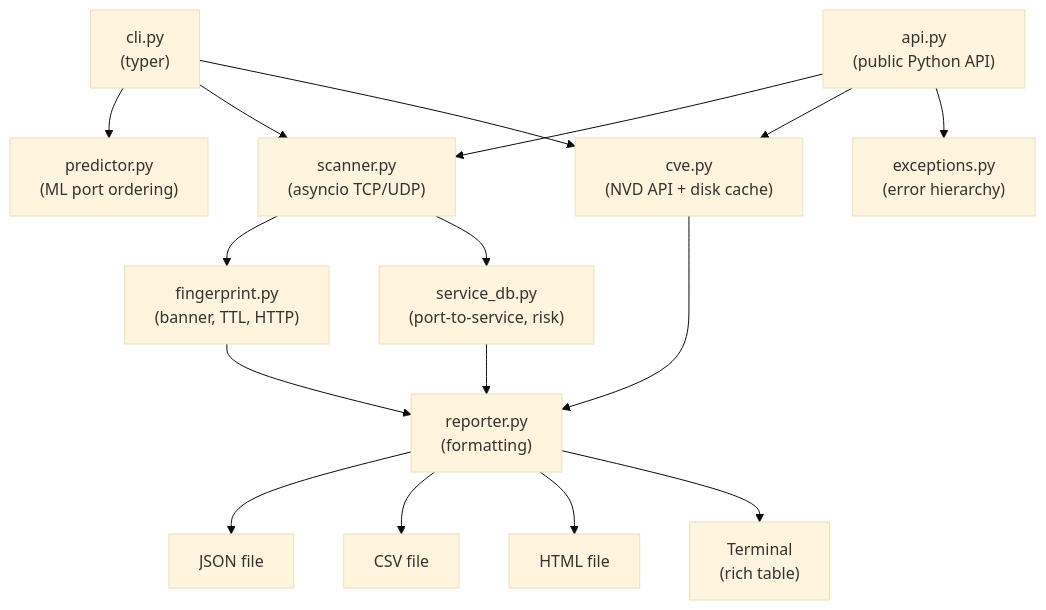
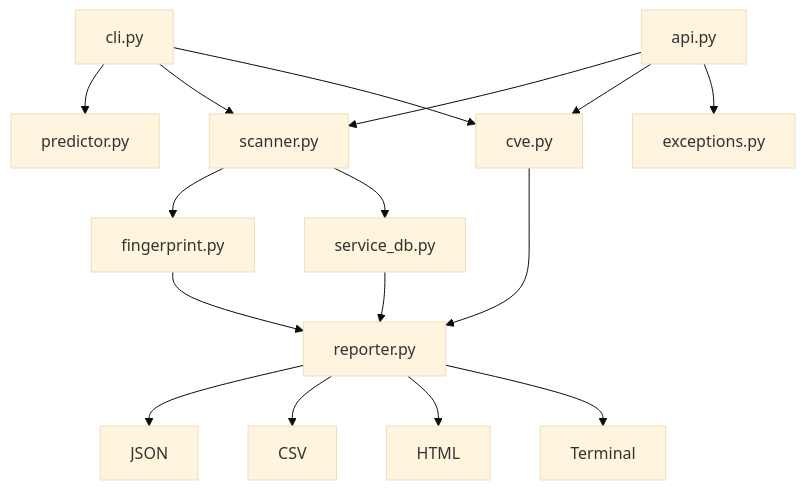
One commit to JakobBartoschek/porthawk changed the diagram in README.md. Above: the diagram before and after it, drawn with Mermaid (base theme).

Commit message:
fix: remove backslash-n and special chars from Mermaid node labels

````diff
--- a/README.md
+++ b/README.md
@@ -44,32 +44,32 @@
 ```mermaid
 flowchart TD
-    CLI["cli.py\n(typer)"]
-    API["api.py\n(public Python API)"]
-    SCAN["scanner.py\n(asyncio TCP/UDP)"]
-    FP["fingerprint.py\n(banner, TTL, HTTP)"]
-    PRED["predictor.py\n(ML port ordering)"]
-    SDB["service_db.py\n(port-to-service, risk)"]
-    CVE["cve.py\n(NVD API + disk cache)"]
-    EXC["exceptions.py\n(error hierarchy)"]
-    REP["reporter.py\n(formatting)"]
-    OUT_JSON["JSON file"]
-    OUT_CSV["CSV file"]
-    OUT_HTML["HTML file"]
-    OUT_TERM["Terminal\n(rich table)"]
+    CLI["cli.py"]
+    API["api.py"]
+    SCAN["scanner.py"]
+    FP["fingerprint.py"]
+    PRED["predictor.py"]
+    SDB["service_db.py"]
+    CVE["cve.py"]
+    EXC["exceptions.py"]
+    REP["reporter.py"]
+    OUT_JSON["JSON"]
+    OUT_CSV["CSV"]
+    OUT_HTML["HTML"]
+    OUT_TERM["Terminal"]
 
     CLI --> PRED
     CLI --> SCAN
     CLI --> CVE
     API --> SCAN
     API --> CVE
     API --> EXC
     SCAN --> FP
     SCAN --> SDB
     FP --> REP
     SDB --> REP
     CVE --> REP
     REP --> OUT_JSON
     REP --> OUT_CSV
     REP --> OUT_HTML
     REP --> OUT_TERM
 ```
````
